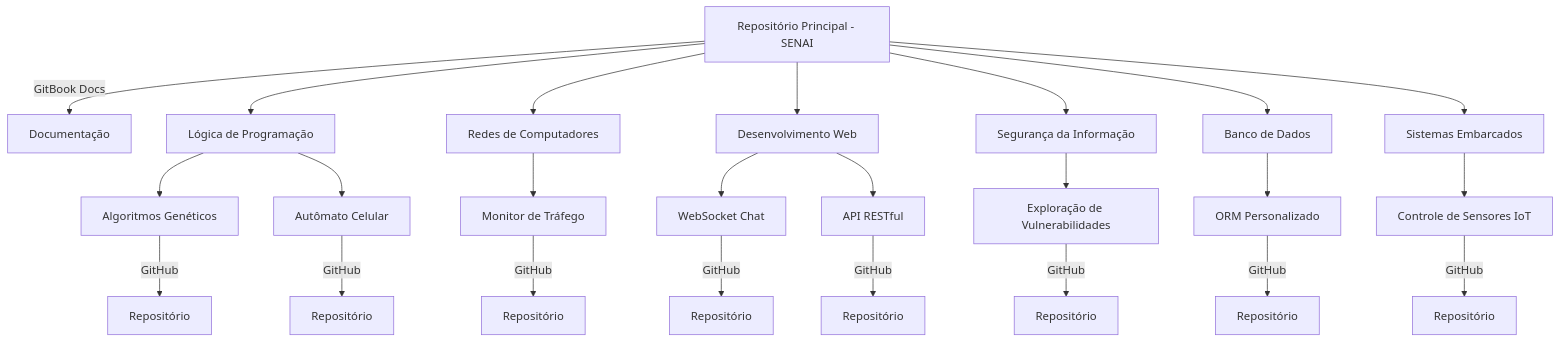
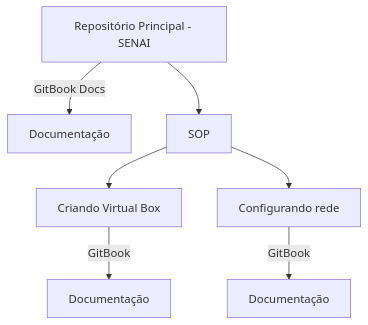
Before and after one commit to Pedro-02931/TarefasSenai: the diagram in readme.md, drawn with Mermaid. The commit also changed 2 other files, not shown here.

Commit message:
06-03-25 + Editado readme e atualizado mermaid + Adicionado pasta atividade e script ps1 para automatização + Estrutura espelhada com o Gitbook + Adicionado atividade `Configurando Rede` e `Criando VirtualBox` + Criado Script base pelo DeepSeek de `Configurando Rede`, aguardando   slice + Crido script base pelo o3-mini-High de `Criando VirtualBox`,   aguardando slice

````diff
--- a/readme.md
+++ b/readme.md
@@ -33,40 +33,19 @@
 ```mermaid
-graph TD;
+graph TD
 %% Nó Principal - O Mapa Central
     A[Repositório Principal - SENAI] -->|GitBook Docs| B[Documentação]
 
 %% Matérias e seus repositórios
-    A --> C[Lógica de Programação]
-    A --> D[Redes de Computadores]
-    A --> E[Desenvolvimento Web]
-    A --> F[Segurança da Informação]
-    A --> G[Banco de Dados]
-    A --> H[Sistemas Embarcados]
+    A --> C[SOP]
 
 %% Projetos por matéria
-    C --> C1[Algoritmos Genéticos] -->|GitHub| C1_repo[Repositório]
-    C --> C2[Autômato Celular] -->|GitHub| C2_repo[Repositório]
-
-    D --> D1[Monitor de Tráfego] -->|GitHub| D1_repo[Repositório]
-
-    E --> E1[WebSocket Chat] -->|GitHub| E1_repo[Repositório]
-    E --> E2[API RESTful] -->|GitHub| E2_repo[Repositório]
-
-    F --> F1[Exploração de Vulnerabilidades] -->|GitHub| F1_repo[Repositório]
-
-    G --> G1[ORM Personalizado] -->|GitHub| G1_repo[Repositório]
-
-    H --> H1[Controle de Sensores IoT] -->|GitHub| H1_repo[Repositório]
+    C --> D1[Criando Virtual Box] -->|GitBook| D1_docs[Documentação]
+    C --> D2[Configurando rede] -->|GitBook| D2_docs[Documentação]
 
 %% Links Externos para GitHub e GitBook
-    click A "https://github.com/seu_usuario/SENAI" "Ver Repositório Principal"
-    click B "https://gitbook.com/seu_usuario/SENAI" "Ver Documentação"
-    click C1_repo "https://github.com/seu_usuario/Logica_AlgoritmosGeneticos" "Abrir Projeto"
-    click C2_repo "https://github.com/seu_usuario/Logica_AutomatoCelular" "Abrir Projeto"
-    click D1_repo "https://github.com/seu_usuario/Redes_MonitorTrafego" "Abrir Projeto"
-    click E1_repo "https://github.com/seu_usuario/Web_WebSocketChat" "Abrir Projeto"
-    click E2_repo "https://github.com/seu_usuario/Web_API_RESTful" "Abrir Projeto"
-    click F1_repo "https://github.com/seu_usuario/Seguranca_ExploracaoVulnerabilidades" "Abrir Projeto"
-    click G1_repo "https://github.com/seu_usuario/BD_ORM_Personalizado" "Abrir Projeto"
-    click H1_repo "https://github.com/seu_usuario/Embarcados_ControleSensoresIoT" "Abrir Projeto"
+    click A "https://github.com/Pedro-02931" "Ver Repositório Principal"
+    click B "https://senai-1.gitbook.io/senai.org/tarefas-senai/quickstart" "Ver Documentação"
+    click D1_docs "https://senai-1.gitbook.io/senai.org/tarefas-senai/quickstart/configurando-windows-pro-em-maquinas-vm/atividades/criando-virtual-box" "Abrir Documentação da Atividade"
+    click D2_docs "https://senai-1.gitbook.io/senai.org/tarefas-senai/quickstart/configurando-windows-pro-em-maquinas-vm/atividades/configurando-rede" "Abrir Documentação da Atividade"
+
 ```
````
